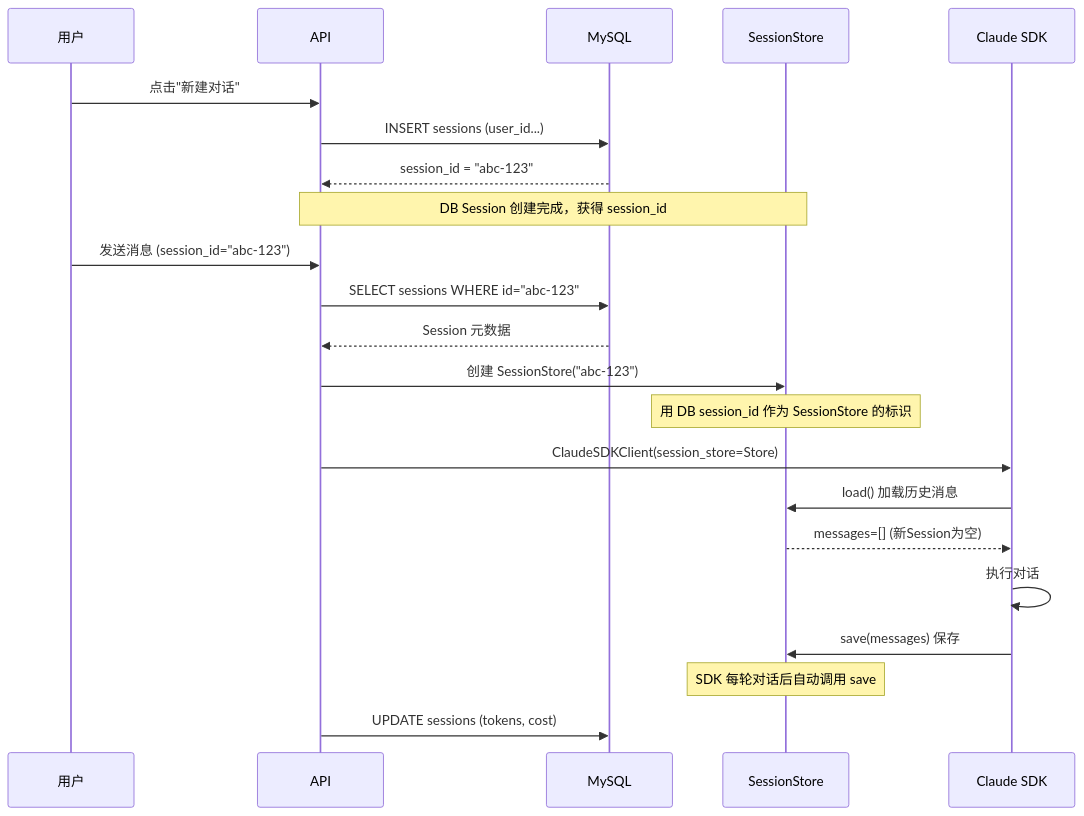
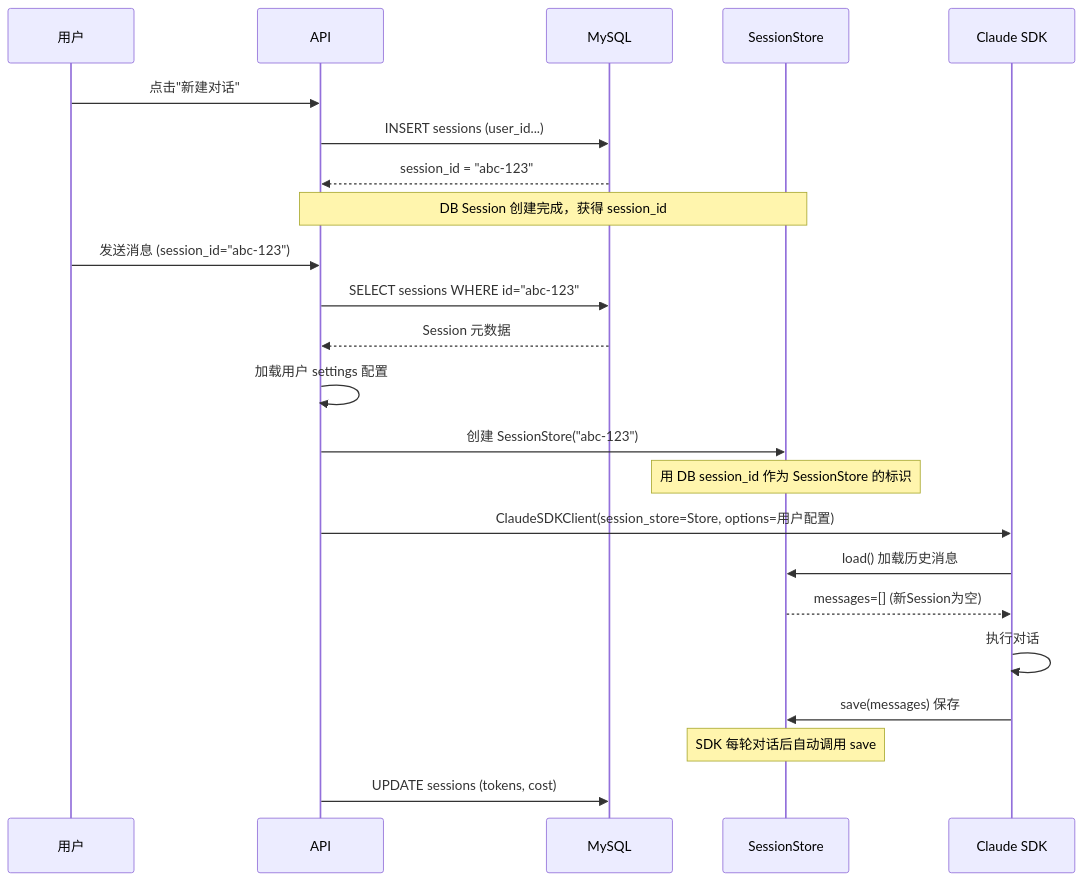
Before and after one commit to xiaocaipi/mm-doc: the fifth of 8 diagrams in agent/agent_project_design.md, drawn with Mermaid. The commit also changed other lines of this file, not shown here.

````diff
--- a/agent/agent_project_design.md
+++ b/agent/agent_project_design.md
@@ -473,32 +465,34 @@
 ```mermaid
 sequenceDiagram
     participant User as 用户
     participant API as API
     participant DB as MySQL
     participant Store as SessionStore
     participant SDK as Claude SDK
 
     User->>API: 点击"新建对话"
     API->>DB: INSERT sessions (user_id...)
     DB-->>API: session_id = "abc-123"
     
     Note over API,Store: DB Session 创建完成，获得 session_id
 
     User->>API: 发送消息 (session_id="abc-123")
     API->>DB: SELECT sessions WHERE id="abc-123"
     DB-->>API: Session 元数据
     
+    API->>API: 加载用户 settings 配置
+    
     API->>Store: 创建 SessionStore("abc-123")
     Note over Store: 用 DB session_id 作为 SessionStore 的标识
     
-    API->>SDK: ClaudeSDKClient(session_store=Store)
+    API->>SDK: ClaudeSDKClient(session_store=Store, options=用户配置)
     SDK->>Store: load() 加载历史消息
     Store-->>SDK: messages=[] (新Session为空)
     
     SDK->>SDK: 执行对话
     
     SDK->>Store: save(messages) 保存
     Note over Store: SDK 每轮对话后自动调用 save
     
     API->>DB: UPDATE sessions (tokens, cost)
 ```
````
